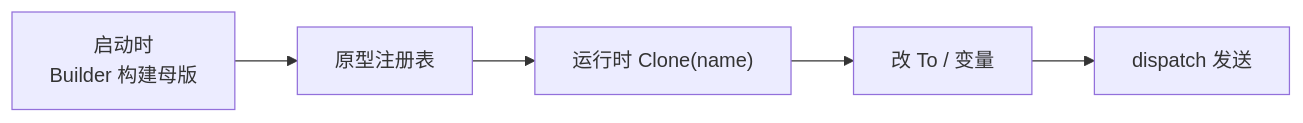
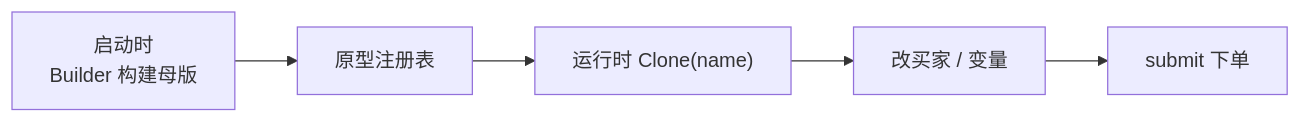
The diagram in content/cs-fundamentals/design-patterns/prototype.md (lllllan02/ciu), drawn with Mermaid before and after one commit. The commit also changed other lines of this file and 7 other files, not shown here.

````diff
--- a/content/cs-fundamentals/design-patterns/prototype.md
+++ b/content/cs-fundamentals/design-patterns/prototype.md
@@ -203,7 +203,7 @@
 ```mermaid
 flowchart LR
     A["启动时\nBuilder 构建母版"] --> B["原型注册表"]
     B --> C["运行时 Clone(name)"]
-    C --> D["改 To / 变量"]
-    D --> E["dispatch 发送"]
+    C --> D["改买家 / 变量"]
+    D --> E["submit 下单"]
 ```
````
